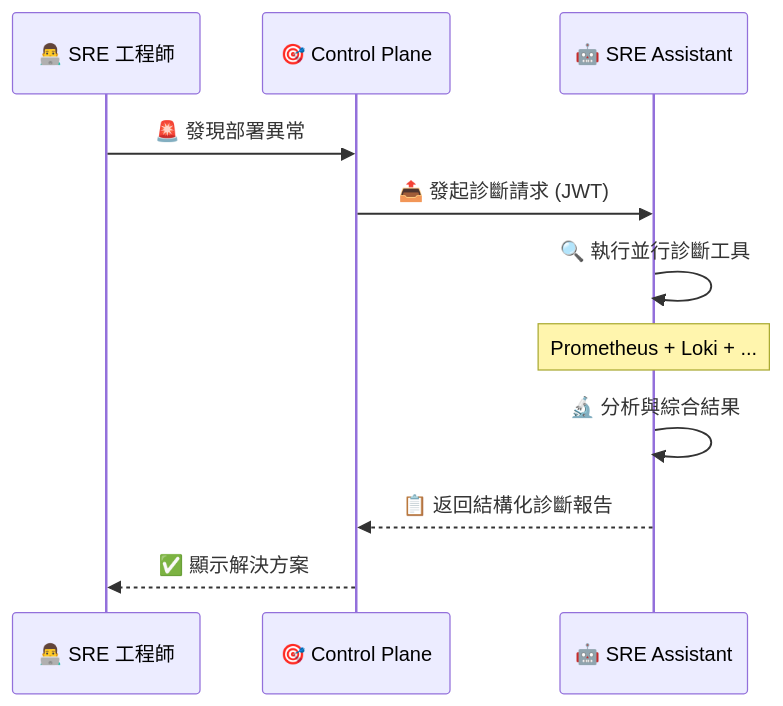
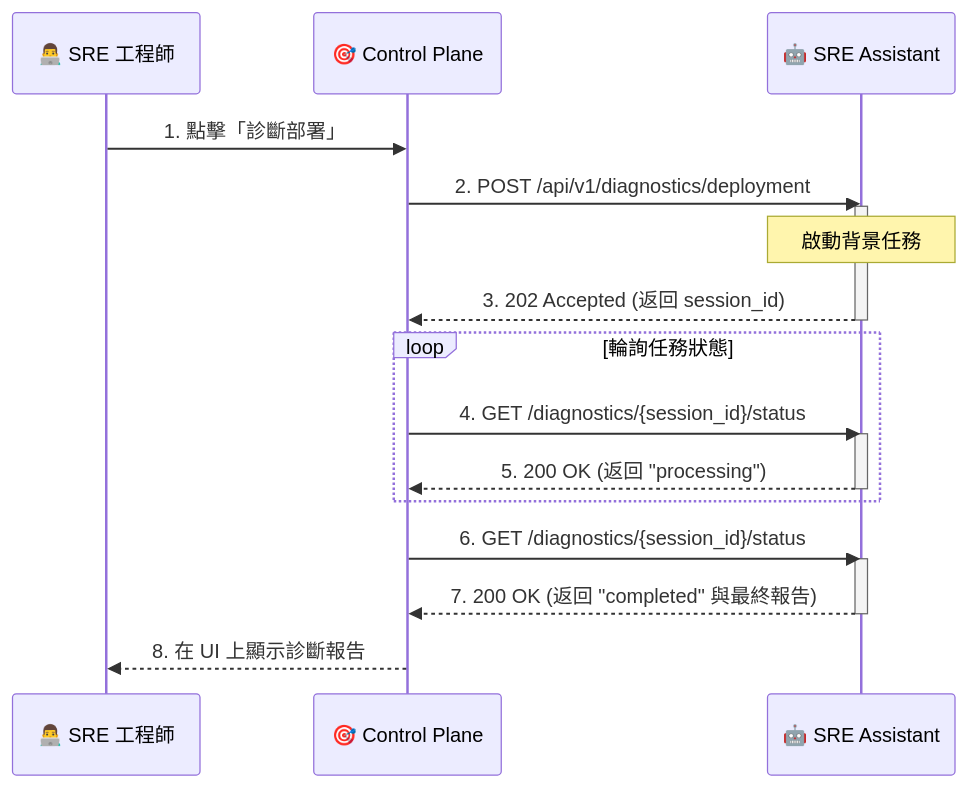
Before and after one commit to detectviz/ai-ops: the third of 4 diagrams in README.md, drawn with Mermaid. The commit also changed 14 other files, not shown here.

````diff
--- a/README.md
+++ b/README.md
@@ -319,14 +319,27 @@
 ```mermaid
 sequenceDiagram
     participant U as 👨‍💻 SRE 工程師
     participant CP as 🎯 Control Plane
     participant SA as 🤖 SRE Assistant
     
-    U->>CP: 🚨 發現部署異常
-    CP->>SA: 📤 發起診斷請求 (JWT)
-    SA->>SA: 🔍 執行並行診斷工具
-    Note over SA: Prometheus + Loki + ...
-    SA->>SA: 🔬 分析與綜合結果
-    SA-->>CP: 📋 返回結構化診斷報告
-    CP-->>U: ✅ 顯示解決方案
+    U->>CP: 1. 點擊「診斷部署」
+    CP->>SA: 2. POST /api/v1/diagnostics/deployment
+    activate SA
+    Note over SA: 啟動背景任務
+    SA-->>CP: 3. 202 Accepted (返回 session_id)
+    deactivate SA
+    
+    loop 輪詢任務狀態
+        CP->>SA: 4. GET /diagnostics/{session_id}/status
+        activate SA
+        SA-->>CP: 5. 200 OK (返回 "processing")
+        deactivate SA
+    end
+    
+    CP->>SA: 6. GET /diagnostics/{session_id}/status
+    activate SA
+    SA-->>CP: 7. 200 OK (返回 "completed" 與最終報告)
+    deactivate SA
+    
+    CP-->>U: 8. 在 UI 上顯示診斷報告
 ```
````
